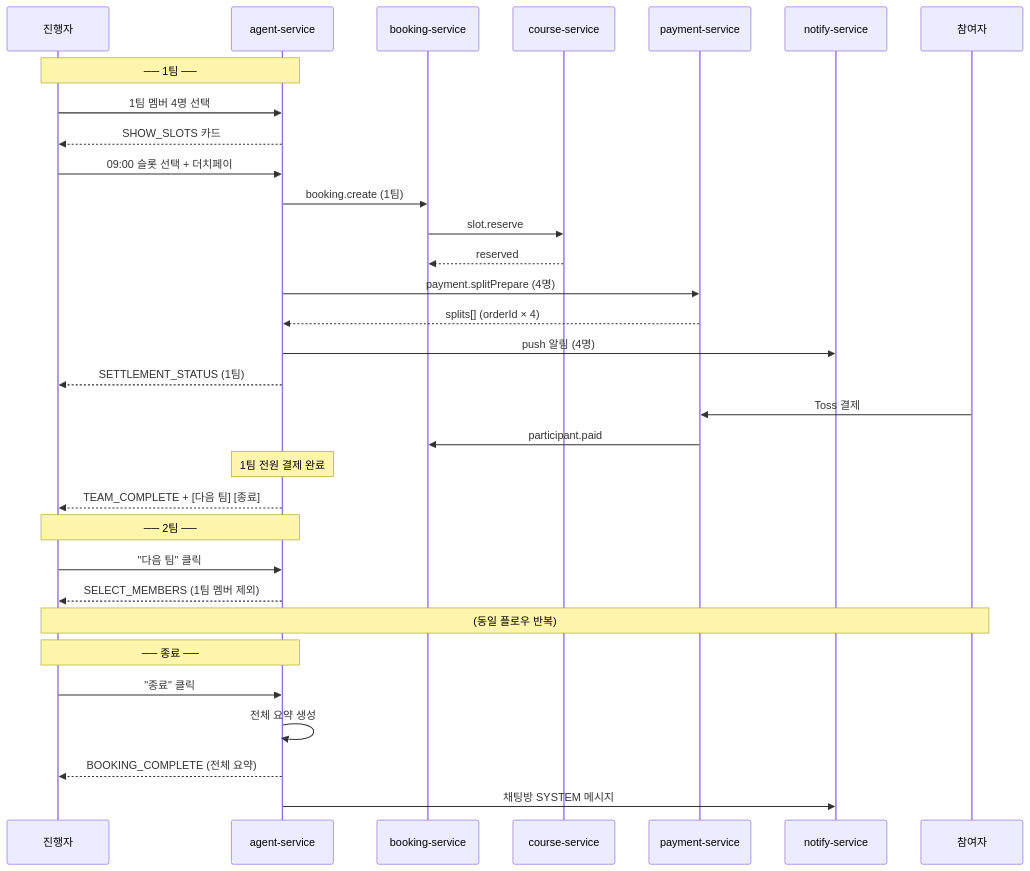
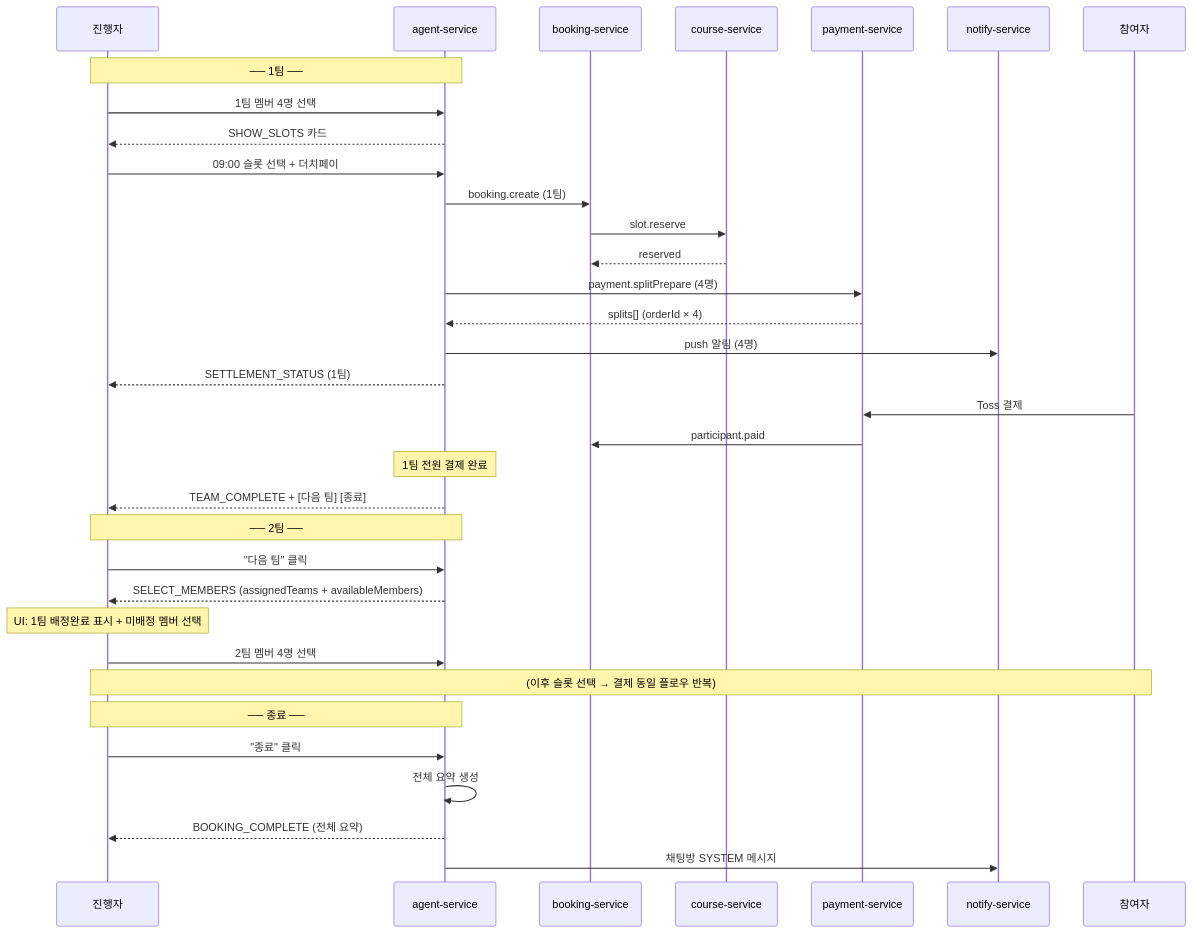
Before and after one commit to uniyous/parkgolf-platform: the fourth of 4 diagrams in docs/workflow/AGENT.md, drawn with Mermaid. The commit also changed other lines of this file, not shown here.

First line of the commit message:
docs(agent): SELECT_MEMBERS 카드에 이전 팀 배정 현황 표시 설계 추가

````diff
--- a/docs/workflow/AGENT.md
+++ b/docs/workflow/AGENT.md
@@ -948,39 +976,41 @@
 ```mermaid
 sequenceDiagram
     participant App as 진행자
     participant Agent as agent-service
     participant Book as booking-service
     participant Course as course-service
     participant Pay as payment-service
     participant Notify as notify-service
     participant P as 참여자
 
     Note over App,Agent: ── 1팀 ──
     App->>Agent: 1팀 멤버 4명 선택
     Agent-->>App: SHOW_SLOTS 카드
     App->>Agent: 09:00 슬롯 선택 + 더치페이
     Agent->>Book: booking.create (1팀)
     Book->>Course: slot.reserve
     Course-->>Book: reserved
     Agent->>Pay: payment.splitPrepare (4명)
     Pay-->>Agent: splits[] (orderId × 4)
     Agent->>Notify: push 알림 (4명)
     Agent-->>App: SETTLEMENT_STATUS (1팀)
 
     P->>Pay: Toss 결제
     Pay->>Book: participant.paid
 
     Note over Agent: 1팀 전원 결제 완료
     Agent-->>App: TEAM_COMPLETE + [다음 팀] [종료]
 
     Note over App,Agent: ── 2팀 ──
     App->>Agent: "다음 팀" 클릭
-    Agent-->>App: SELECT_MEMBERS (1팀 멤버 제외)
-    Note over App,P: (동일 플로우 반복)
+    Agent-->>App: SELECT_MEMBERS (assignedTeams + availableMembers)
+    Note over App: UI: 1팀 배정완료 표시 + 미배정 멤버 선택
+    App->>Agent: 2팀 멤버 4명 선택
+    Note over App,P: (이후 슬롯 선택 → 결제 동일 플로우 반복)
 
     Note over App,Agent: ── 종료 ──
     App->>Agent: "종료" 클릭
     Agent->>Agent: 전체 요약 생성
     Agent-->>App: BOOKING_COMPLETE (전체 요약)
     Agent->>Notify: 채팅방 SYSTEM 메시지
 ```
````
